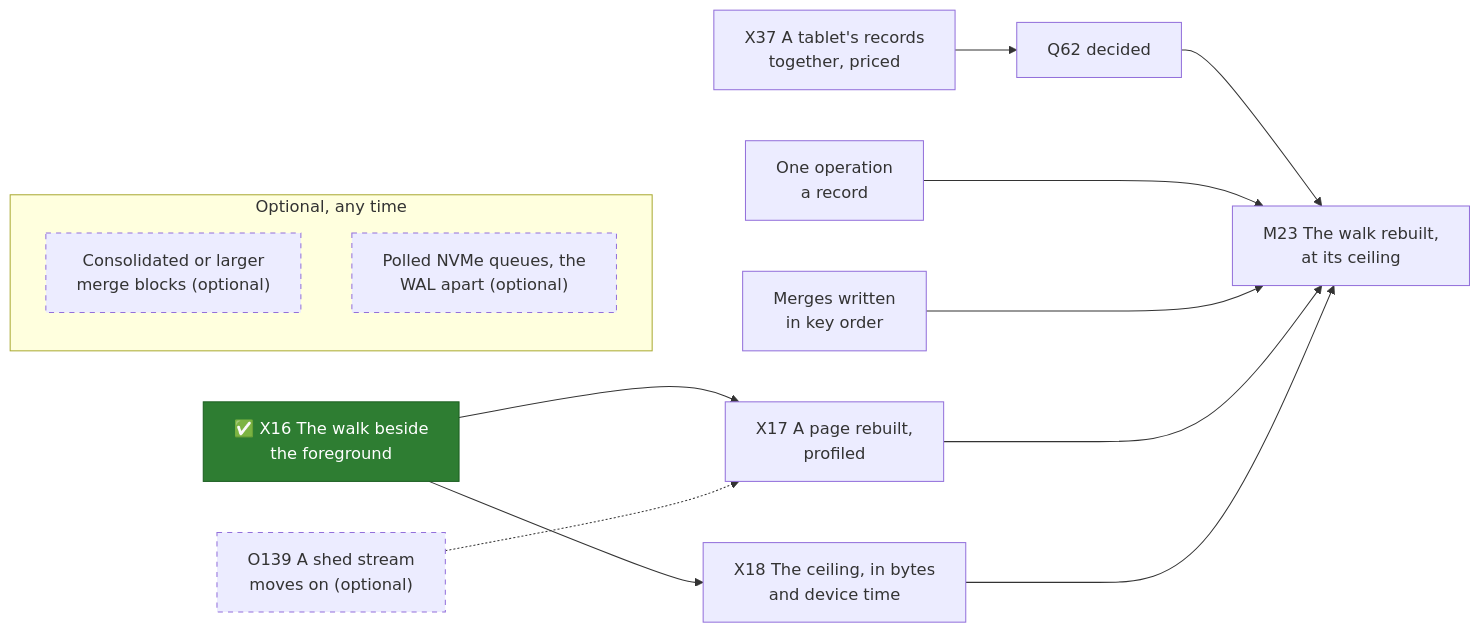
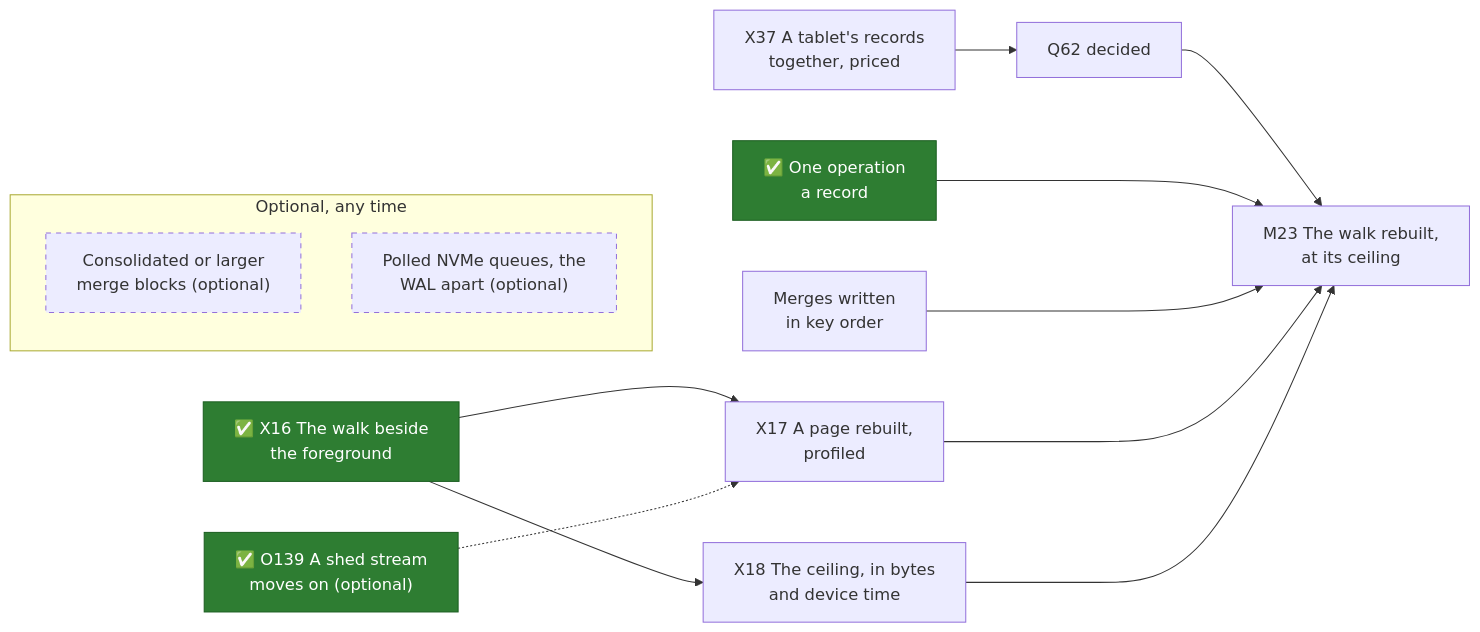
One commit to mjcarson/shoal changed the diagram in docs/src/future-work/scans/scan-speed.md. Above: the diagram before and after it, drawn with Mermaid. The commit also changed other lines of this file and 19 other files, not shown here.

````diff
--- a/docs/src/future-work/scans/scan-speed.md
+++ b/docs/src/future-work/scans/scan-speed.md
@@ -342,27 +343,27 @@
 ```mermaid
 flowchart LR
     classDef done fill:#2e7d32,stroke:#1b5e20,color:#ffffff
     classDef optional stroke-dasharray: 5 5
     X16["✅ X16 The walk beside<br>the foreground"]:::done
-    Shed["O139 A shed stream<br>moves on (optional)"]:::optional
-    Read1["One operation<br>a record"]
+    Shed["✅ O139 A shed stream<br>moves on (optional)"]:::done
+    Read1["✅ One operation<br>a record"]:::done
     Sorted["Merges written<br>in key order"]
     X37["X37 A tablet's records<br>together, priced"]
     X17["X17 A page rebuilt,<br>profiled"]
     X18["X18 The ceiling, in bytes<br>and device time"]
     Q62["Q62 decided"]
     M23["M23 The walk rebuilt,<br>at its ceiling"]
     X16 --> X17
     X16 --> X18
     Shed -.-> X17
     X37 --> Q62 --> M23
     Read1 ---> M23
     Sorted ---> M23
     X17 ---> M23
     X18 ---> M23
     subgraph anytime["Optional, any time"]
         direction TB
         Blocks["Consolidated or larger<br>merge blocks (optional)"]:::optional
         Host["Polled NVMe queues, the<br>WAL apart (optional)"]:::optional
     end
 ```
````
